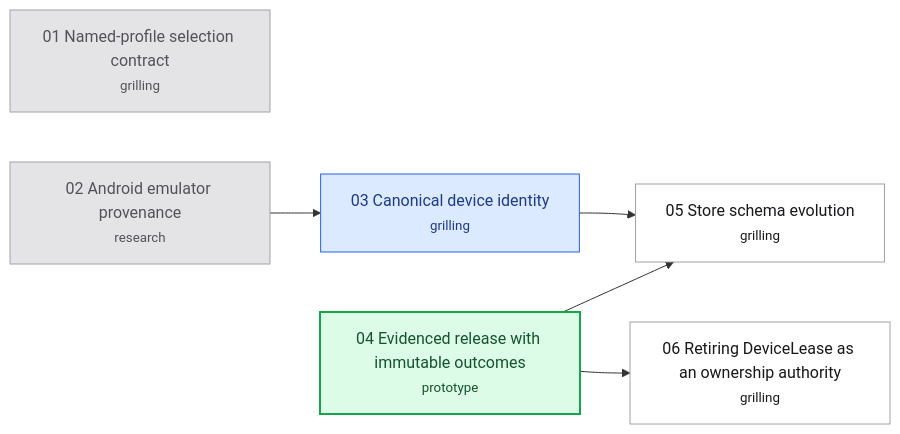
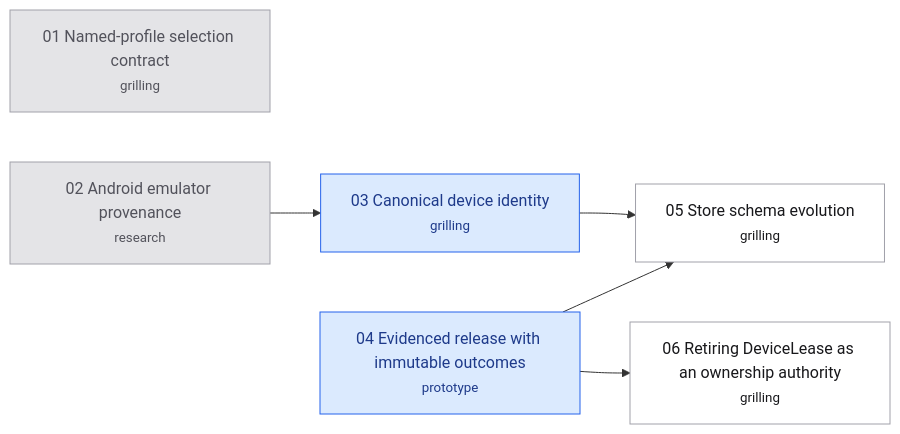
One commit to hugues-vnsgn/jev-ios-bridge changed the diagram in .scratch/appium-phase2/map.md. Above: the diagram before and after it, drawn with Mermaid. The commit also changed 1 other file, not shown here.

Commit message:
Claim Evidenced release with immutable outcomes

````diff
--- a/.scratch/appium-phase2/map.md
+++ b/.scratch/appium-phase2/map.md
@@ -39,21 +39,20 @@
 ```mermaid
 flowchart LR
     T01["01 Named-profile selection contract<br/><small>grilling</small>"]
     T02["02 Android emulator provenance<br/><small>research</small>"]
     T03["03 Canonical device identity<br/><small>grilling</small>"]
     T04["04 Evidenced release with immutable outcomes<br/><small>prototype</small>"]
     T05["05 Store schema evolution<br/><small>grilling</small>"]
     T06["06 Retiring DeviceLease as an ownership authority<br/><small>grilling</small>"]
     T02 --> T03
     T03 --> T05
     T04 --> T05
     T04 --> T06
     classDef resolved fill:#e4e4e7,stroke:#a1a1aa,color:#52525b
     classDef claimed fill:#dbeafe,stroke:#2563eb,color:#1e3a8a
     classDef frontier fill:#dcfce7,stroke:#16a34a,color:#14532d,stroke-width:2px
     classDef blocked fill:#ffffff,stroke:#a1a1aa,color:#18181b
     class T01,T02 resolved
-    class T03 claimed
-    class T04 frontier
+    class T03,T04 claimed
     class T05,T06 blocked
 ```
````
